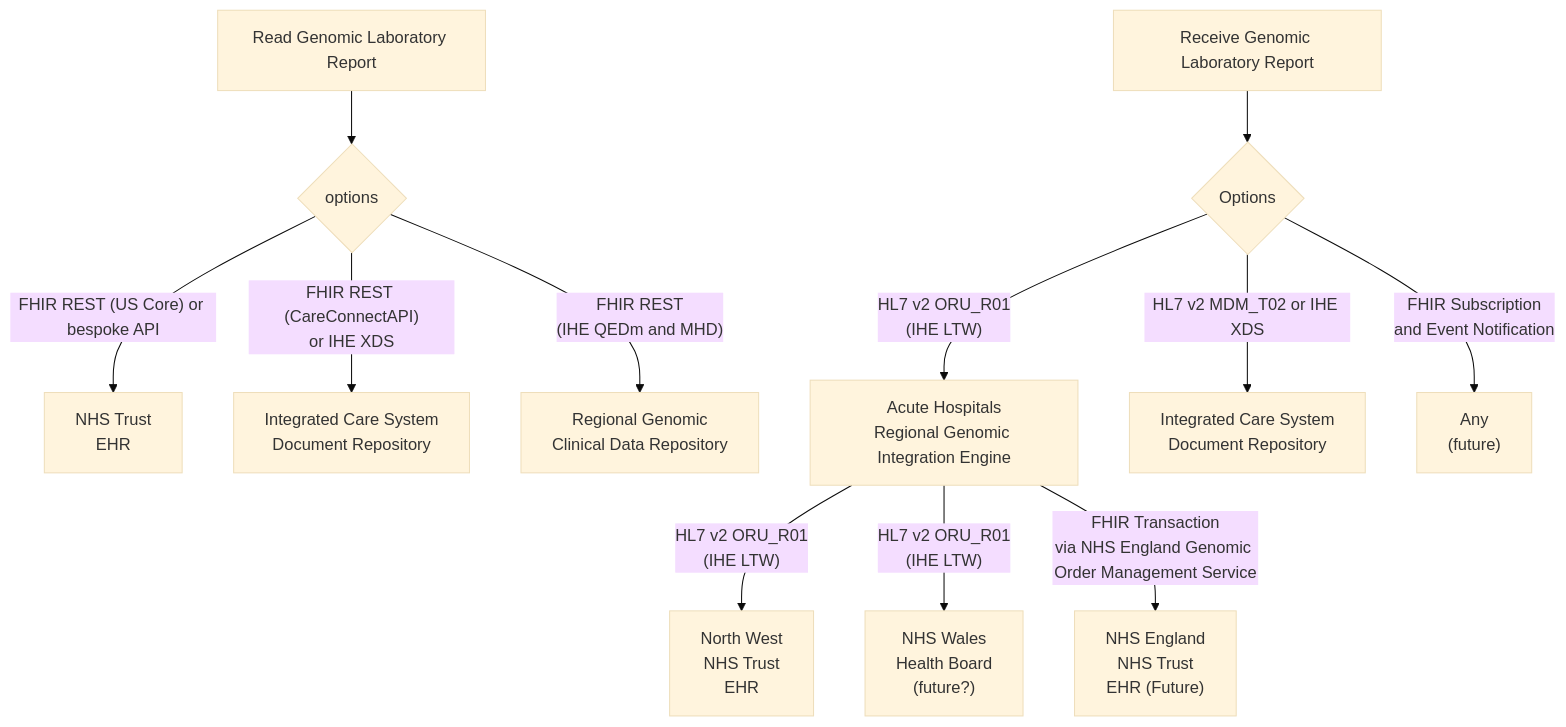
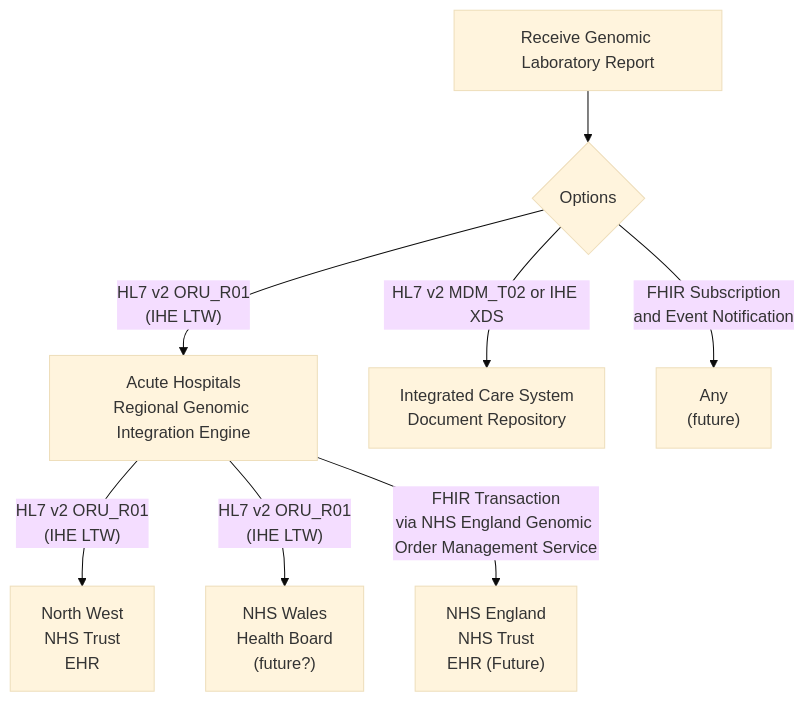
Before and after one commit to uk-gov-mirror/nw-gmsa.nw-gmsa.github.com: the third of 5 diagrams in input/pagecontent/index.md, drawn with Mermaid (base theme). The commit also changed 2 other files, not shown here.

Commit message:
Genomic Test Order and Report Example Scenario

````diff
--- a/input/pagecontent/index.md
+++ b/input/pagecontent/index.md
@@ -61,15 +81,10 @@
 ```mermaid
 graph TD;
-    Read[Read Genomic Laboratory Report]-->O
-    O{options} --> |"FHIR REST (US Core) or bespoke API"| EHR[NHS Trust<br/>EHR] 
-    O --> |"FHIR REST (CareConnectAPI)<br/>or IHE XDS"| ICS[Integrated Care System <br/> Document Repository]
-    O --> |"FHIR REST<br/>(IHE QEDm and MHD)"| CDR[Regional Genomic<br/> Clinical Data Repository]
-
     Receive[Receive Genomic Laboratory Report] --> OR{Options}
     OR --> |"HL7 v2 ORU_R01<br/>(IHE LTW)"| RIE[Acute Hospitals<br/>Regional Genomic Integration Engine] 
     RIE--> |"HL7 v2 ORU_R01<br/>(IHE LTW)"| EHRTIE[North West<br/>NHS Trust<br/>EHR] 
     RIE--> |"HL7 v2 ORU_R01<br/>(IHE LTW)"| BOARD["NHS Wales<br/>Health Board<br/> (future?)"]
     RIE --> |"FHIR Transaction<br/>via NHS England Genomic Order Management Service"| GOMS["NHS England<br/>NHS Trust<br/>EHR (Future)"] 
     OR --> |HL7 v2 MDM_T02 or IHE XDS| ICSTIE[Integrated Care System <br/> Document Repository]
     OR --> |FHIR Subscription <br/> and Event Notification| Any["Any <br/>(future)"]
 ```
````
